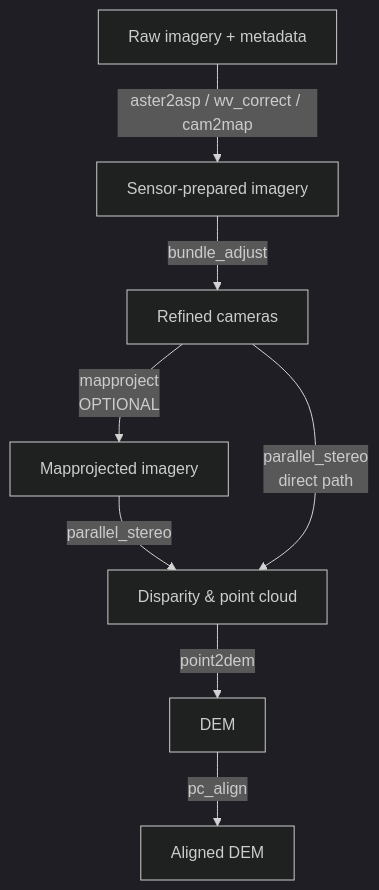
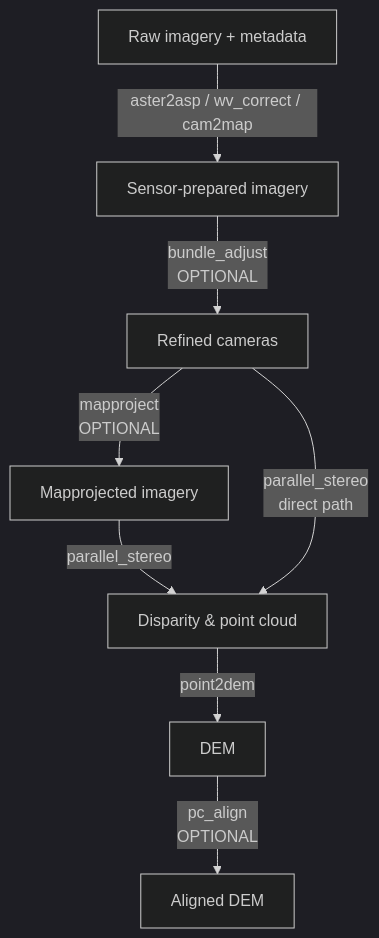
One commit to uw-cryo/stereopipeline-quickstart changed the first of 3 diagrams in docs/concepts/pipeline-overview.md. Above: the diagram before and after it, drawn with Mermaid (dark theme). The commit also changed other lines of this file and 20 other files, not shown here.

````diff
--- a/docs/concepts/pipeline-overview.md
+++ b/docs/concepts/pipeline-overview.md
@@ -7,10 +7,10 @@
 ```{mermaid}
 flowchart TD
     A[Raw imagery + metadata] -->|aster2asp / wv_correct / cam2map| B[Sensor-prepared imagery]
-    B -->|bundle_adjust| C[Refined cameras]
+    B -->|bundle_adjust<br/>OPTIONAL| C[Refined cameras]
     C -->|mapproject<br/>OPTIONAL| D[Mapprojected imagery]
     D -->|parallel_stereo| E[Disparity & point cloud]
     C -->|parallel_stereo<br/>direct path| E
     E -->|point2dem| F[DEM]
-    F -->|pc_align| G[Aligned DEM]
+    F -->|pc_align<br/>OPTIONAL| G[Aligned DEM]
 ```
````
